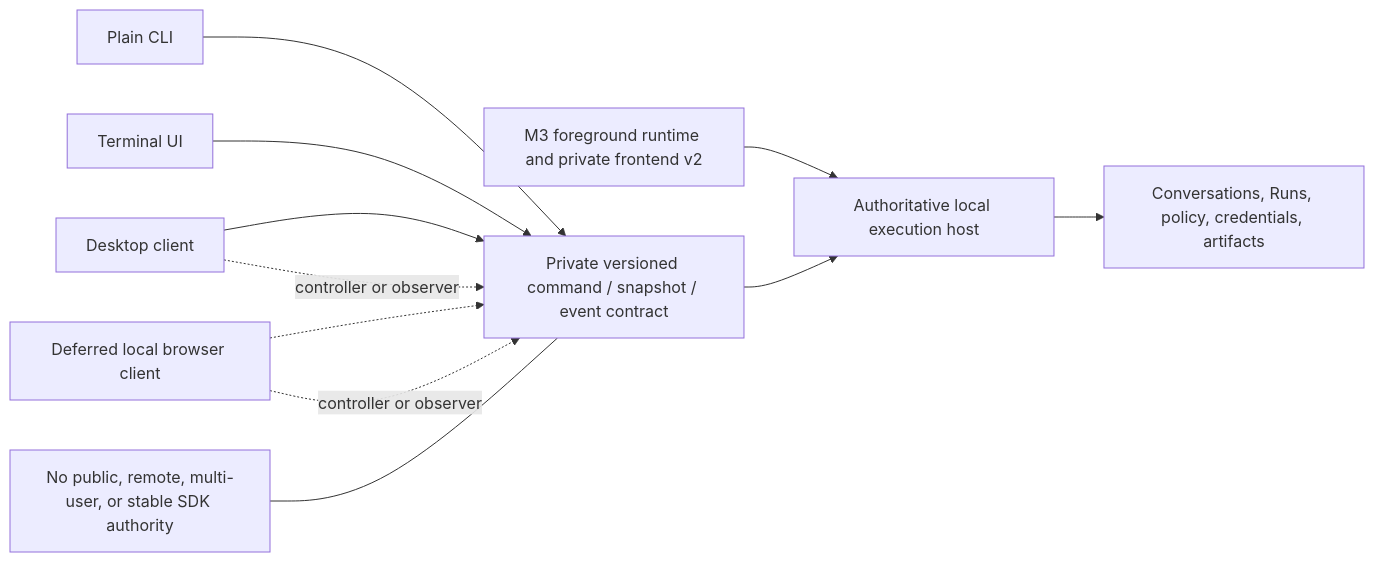
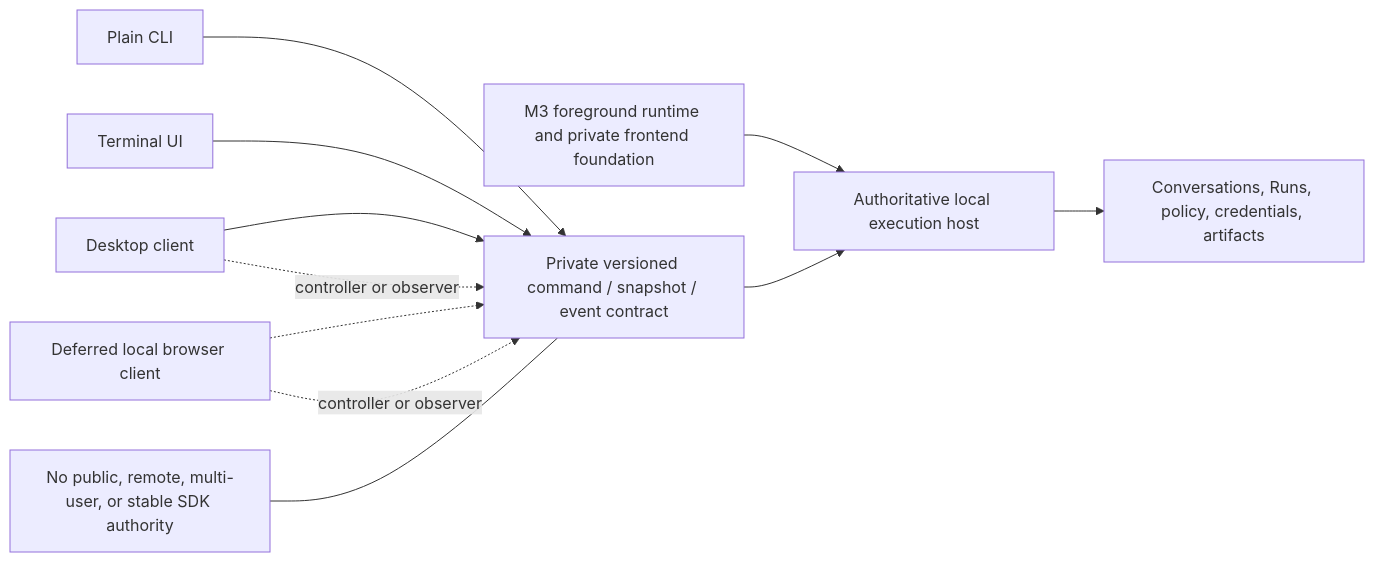
The first of 9 diagrams in docs/proposals/0022-local-multisurface-workbench-and-execution-host.md (labcoder/xana), drawn with Mermaid before and after one commit. The commit also changed other lines of this file and 21 other files, not shown here.

````diff
--- a/docs/proposals/0022-local-multisurface-workbench-and-execution-host.md
+++ b/docs/proposals/0022-local-multisurface-workbench-and-execution-host.md
@@ -95,13 +100,13 @@
 ```mermaid
 flowchart LR
-    M3["M3 foreground runtime and private frontend v2"] --> HOST["Authoritative local execution host"]
+    M3["M3 foreground runtime and private frontend foundation"] --> HOST["Authoritative local execution host"]
     PLAIN["Plain CLI"] --> CONTRACT["Private versioned command / snapshot / event contract"]
     TUI["Terminal UI"] --> CONTRACT
     DESKTOP["Desktop client"] --> CONTRACT
     BROWSER["Deferred local browser client"] -.-> CONTRACT
     CONTRACT --> HOST
     HOST --> STATE["Conversations, Runs, policy, credentials, artifacts"]
     DESKTOP -. "controller or observer" .-> CONTRACT
     BROWSER -. "controller or observer" .-> CONTRACT
     NOTE["No public, remote, multi-user, or stable SDK authority"] --- CONTRACT
 ```
````
